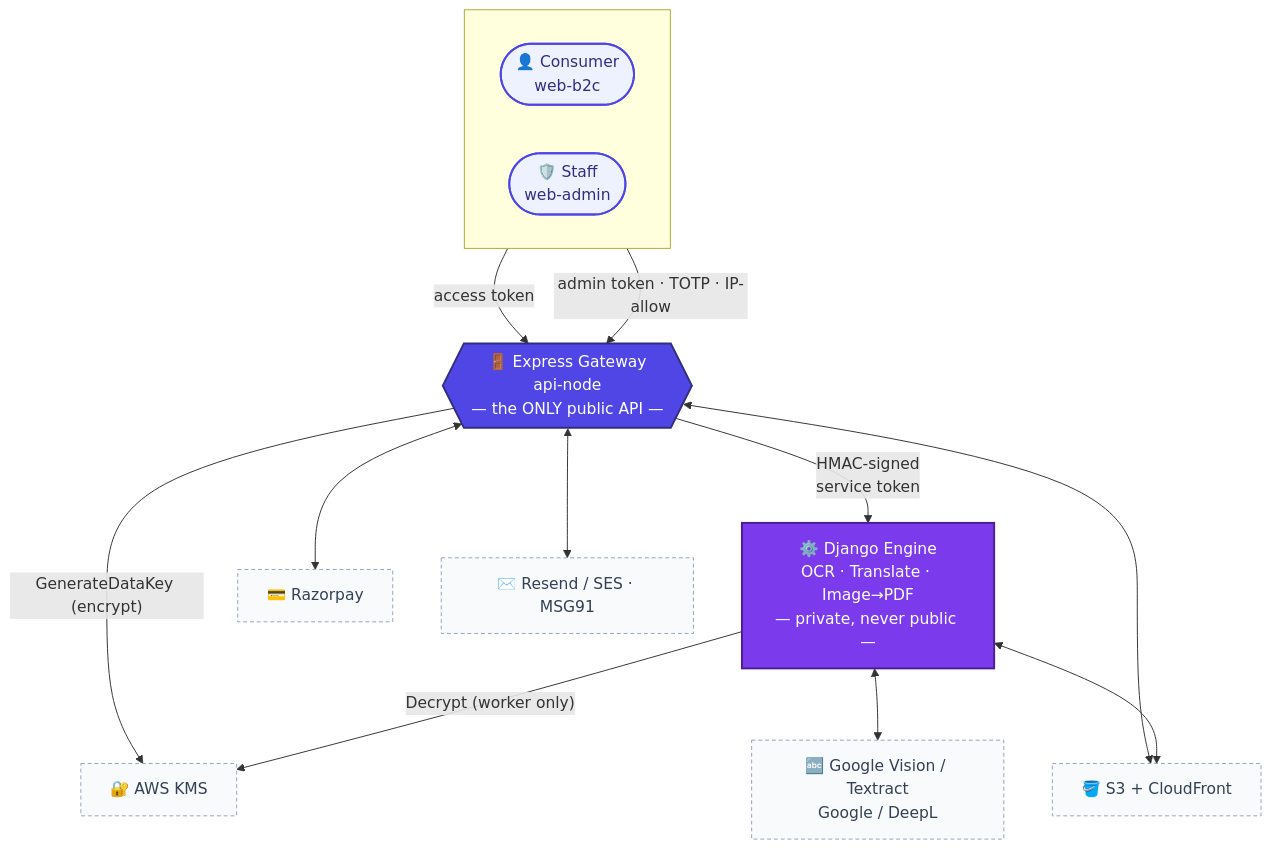
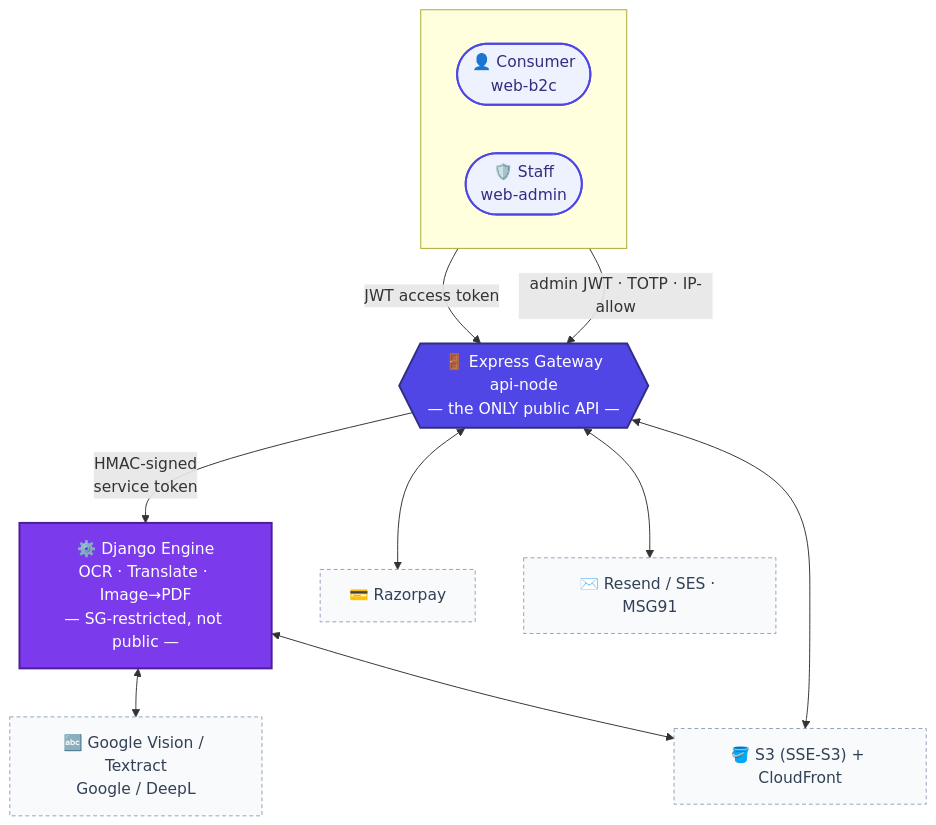
Before and after one commit to Mrutunjay50/DOCS: the first of 11 diagrams in architecture_diagrams.md, drawn with Mermaid. The commit also changed other lines of this file, not shown here.

````diff
--- a/architecture_diagrams.md
+++ b/architecture_diagrams.md
@@ -13,37 +14,34 @@
 ```mermaid
 flowchart TB
     subgraph users[" "]
         direction LR
         U1(["👤 Consumer<br/>web-b2c"])
         U2(["🛡️ Staff<br/>web-admin"])
     end
 
     GW{{"🚪 Express Gateway<br/>api-node<br/>— the ONLY public API —"}}
-    DJ["⚙️ Django Engine<br/>OCR · Translate · Image→PDF<br/>— private, never public —"]
+    DJ["⚙️ Django Engine<br/>OCR · Translate · Image→PDF<br/>— SG-restricted, not public —"]
 
     EXT1["💳 Razorpay"]
     EXT2["🔤 Google Vision / Textract<br/>Google / DeepL"]
     EXT3["✉️ Resend / SES · MSG91"]
-    EXT4["🔐 AWS KMS"]
-    EXT5["🪣 S3 + CloudFront"]
+    EXT5["🪣 S3 (SSE-S3) + CloudFront"]
 
-    U1 -- "access token" --> GW
-    U2 -- "admin token · TOTP · IP-allow" --> GW
+    U1 -- "JWT access token" --> GW
+    U2 -- "admin JWT · TOTP · IP-allow" --> GW
     GW -- "HMAC-signed<br/>service token" --> DJ
     GW <--> EXT1
     GW <--> EXT3
-    GW -- "GenerateDataKey (encrypt)" --> EXT4
-    DJ -- "Decrypt (worker only)" --> EXT4
     DJ <--> EXT2
     GW <--> EXT5
     DJ <--> EXT5
 
     classDef client fill:#EEF2FF,stroke:#4F46E5,stroke-width:2px,color:#312E81;
     classDef gateway fill:#4F46E5,stroke:#312E81,stroke-width:2px,color:#fff;
     classDef engine fill:#7C3AED,stroke:#4C1D95,stroke-width:2px,color:#fff;
     classDef ext fill:#F8FAFC,stroke:#94A3B8,stroke-dasharray:4 3,color:#334155;
     class U1,U2 client;
     class GW gateway;
     class DJ engine;
-    class EXT1,EXT2,EXT3,EXT4,EXT5 ext;
+    class EXT1,EXT2,EXT3,EXT5 ext;
 ```
````
